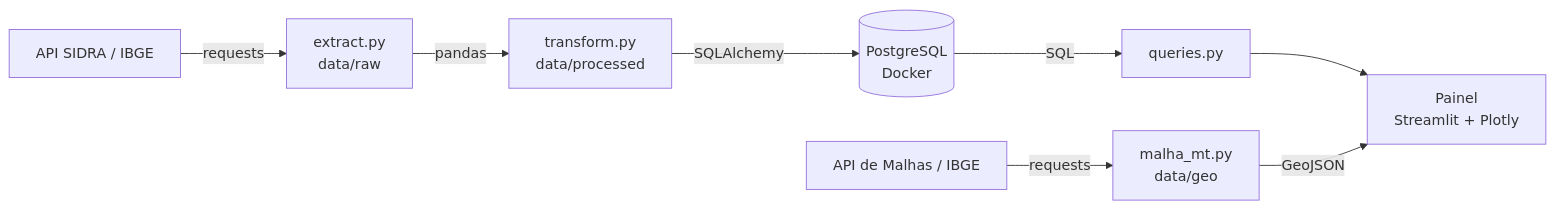
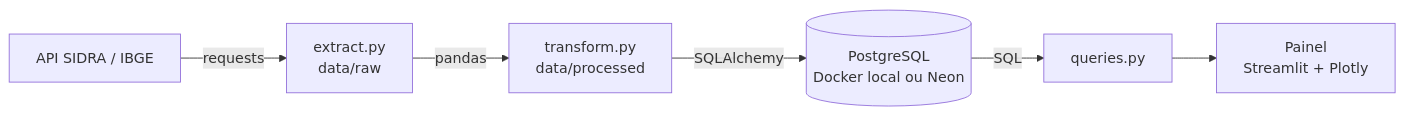
The first of 2 diagrams in README.md (oneriodev/producao_agricola_mt), drawn with Mermaid before and after one commit. The commit also changed other lines of this file, not shown here.

Commit message:
Atualiza README com painel online, deploy no Neon e novo caminho do painel

````diff
--- a/README.md
+++ b/README.md
@@ -41,10 +28,8 @@
 ```mermaid
 flowchart LR
     A[API SIDRA / IBGE] -->|requests| B[extract.py<br/>data/raw]
     B -->|pandas| C[transform.py<br/>data/processed]
-    C -->|SQLAlchemy| D[(PostgreSQL<br/>Docker)]
+    C -->|SQLAlchemy| D[(PostgreSQL<br/>Docker local ou Neon)]
     D -->|SQL| E[queries.py]
     E --> F[Painel<br/>Streamlit + Plotly]
-    G[API de Malhas / IBGE] -->|requests| H[malha_mt.py<br/>data/geo]
-    H -->|GeoJSON| F
 ```
````
